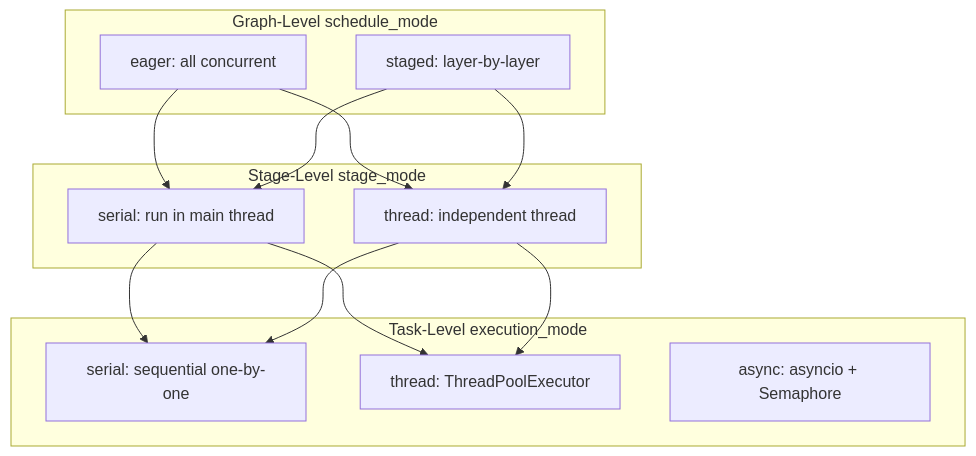
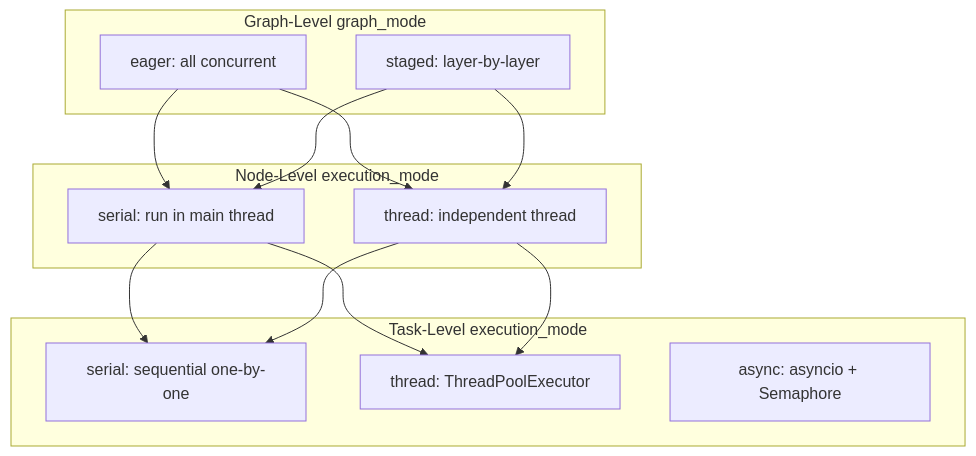
One commit to Mr-xiaotian/CelestialFlow changed the fourth of 9 diagrams in docs/en/presentation.md. Above: the diagram before and after it, drawn with Mermaid. The commit also changed other lines of this file and 181 other files, not shown here.

````diff
--- a/docs/en/presentation.md
+++ b/docs/en/presentation.md
@@ -221,27 +215,27 @@
 ```mermaid
 graph TD
-    subgraph Graph-Level schedule_mode
+    subgraph Graph-Level graph_mode
         A[eager: all concurrent]
         B[staged: layer-by-layer]
     end
 
-    subgraph Stage-Level stage_mode
+    subgraph Node-Level execution_mode
         C[serial: run in main thread]
         D[thread: independent thread]
     end
 
     subgraph Task-Level execution_mode
         E[serial: sequential one-by-one]
         F[thread: ThreadPoolExecutor]
         H[async: asyncio + Semaphore]
     end
 
     A --> C
     A --> D
     B --> C
     B --> D
     C --> E
     C --> F
     D --> E
     D --> F
 ```
````
